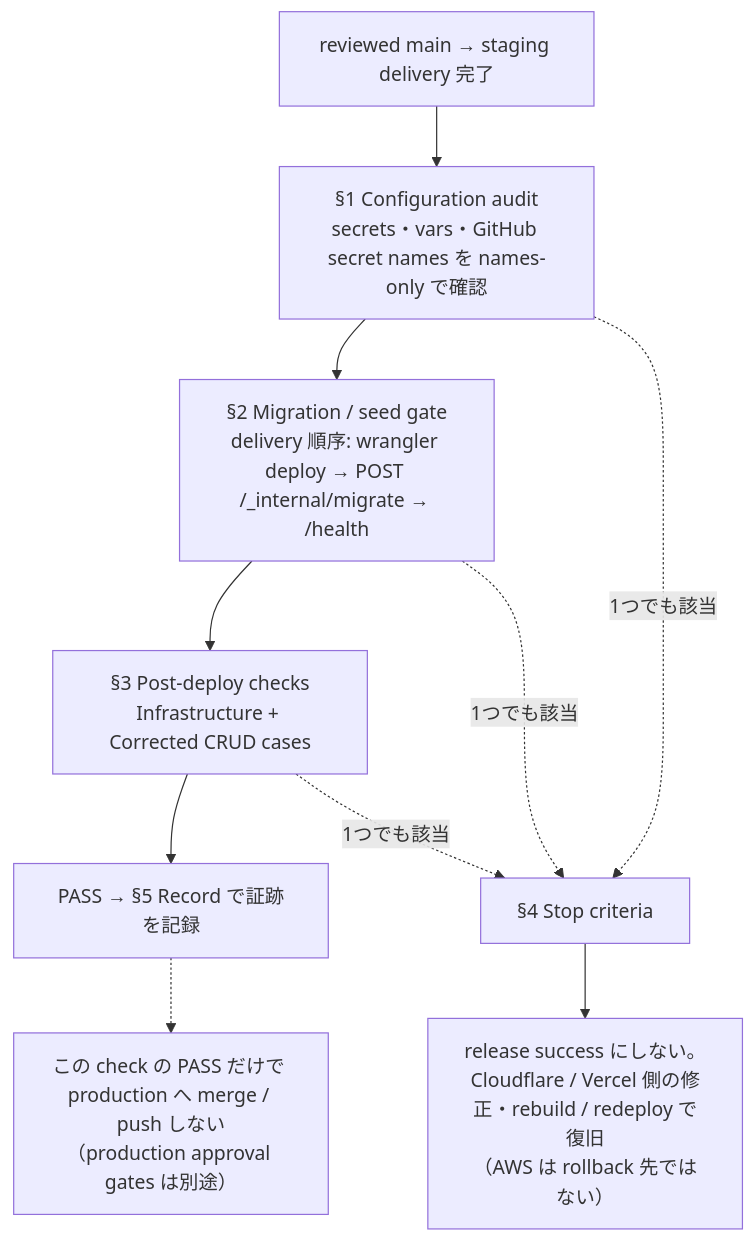
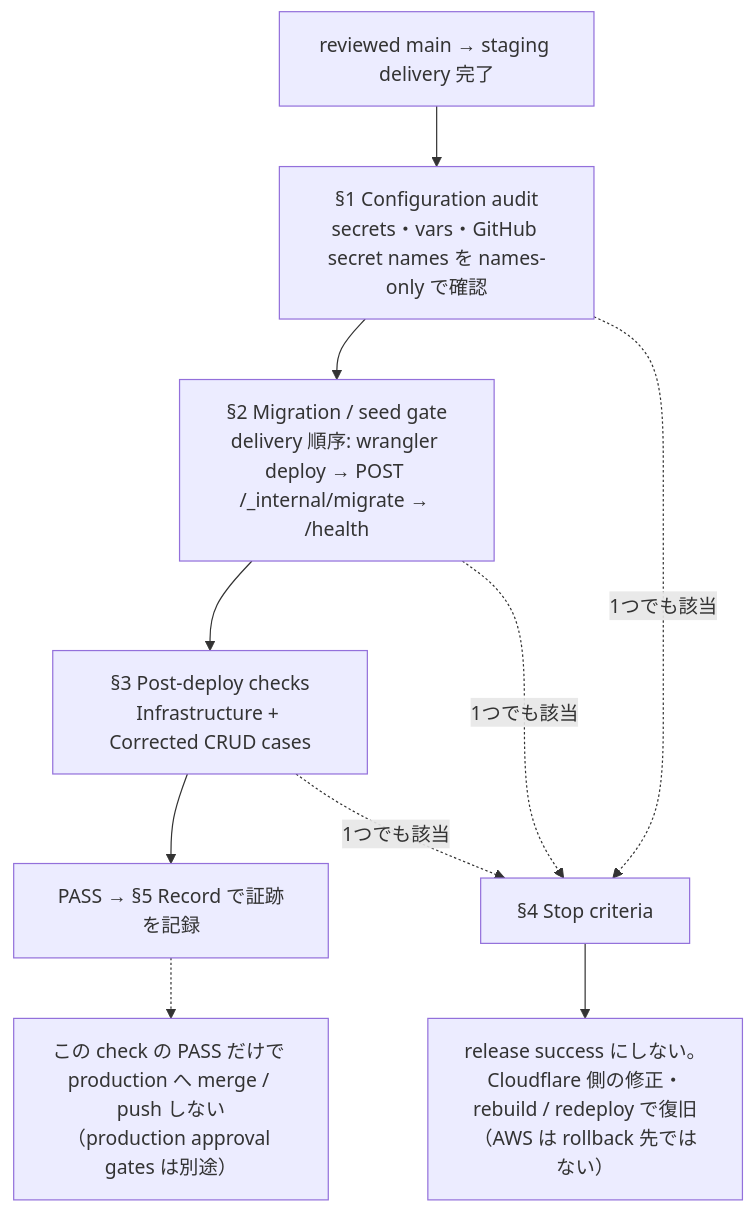
The diagram in docs/ops/deploy/runbooks/STG_PRE_DEPLOY_READINESS_CHECK.md (MinoruSoga/AnimalEkarte), drawn with Mermaid before and after one commit. The commit also changed other lines of this file and 5 other files, not shown here.

````diff
--- a/docs/ops/deploy/runbooks/STG_PRE_DEPLOY_READINESS_CHECK.md
+++ b/docs/ops/deploy/runbooks/STG_PRE_DEPLOY_READINESS_CHECK.md
@@ -8,10 +8,10 @@
 ```mermaid
 flowchart TB
   PR["reviewed main → staging delivery 完了"] --> G1["§1 Configuration audit<br/>secrets・vars・GitHub secret names を names-only で確認"]
   G1 --> G2["§2 Migration / seed gate<br/>delivery 順序: wrangler deploy → POST /_internal/migrate → /health"]
   G2 --> G3["§3 Post-deploy checks<br/>Infrastructure + Corrected CRUD cases"]
   G3 --> Rec["PASS → §5 Record で証跡を記録"]
   G1 & G2 & G3 -.->|"1つでも該当"| Stop["§4 Stop criteria"]
-  Stop --> Fix["release success にしない。<br/>Cloudflare / Vercel 側の修正・rebuild / redeploy で復旧<br/>（AWS は rollback 先ではない）"]
+  Stop --> Fix["release success にしない。<br/>Cloudflare 側の修正・rebuild / redeploy で復旧<br/>（AWS は rollback 先ではない）"]
   Rec -.-> Bound["この check の PASS だけで production へ merge / push しない<br/>（production approval gates は別途）"]
 ```
````
